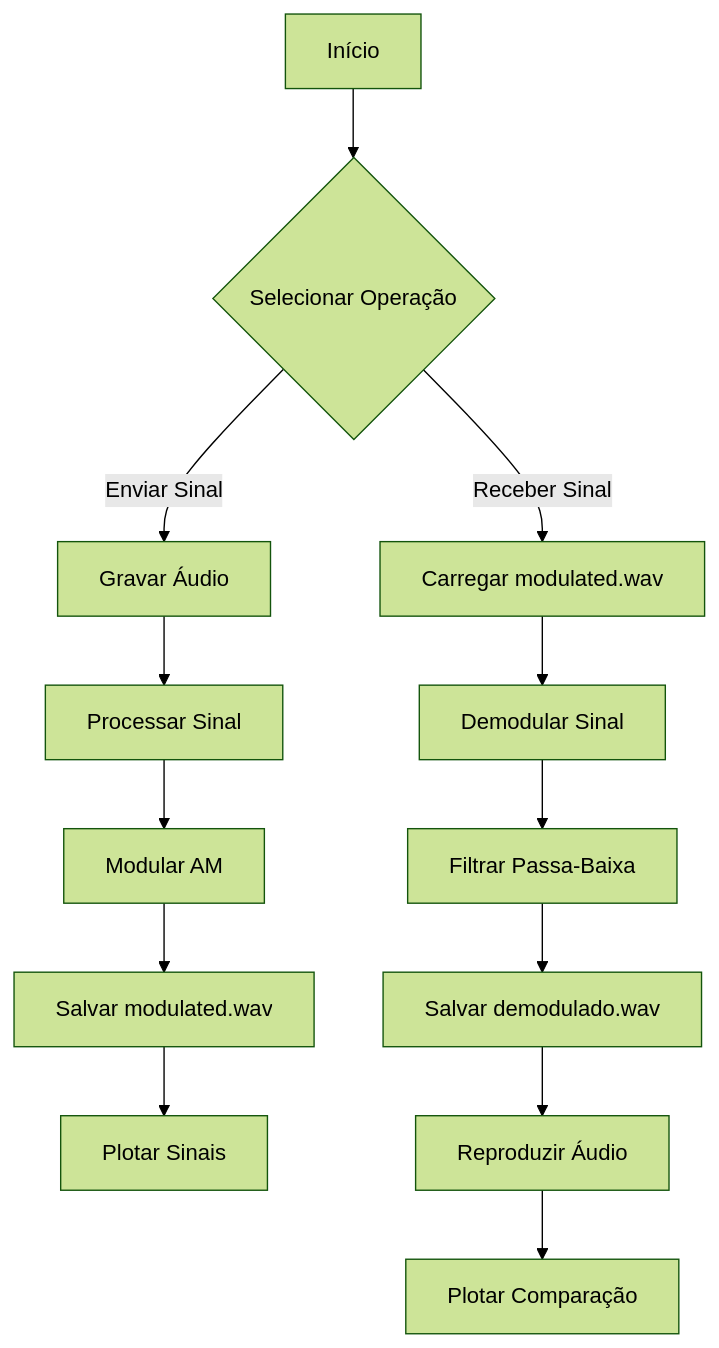
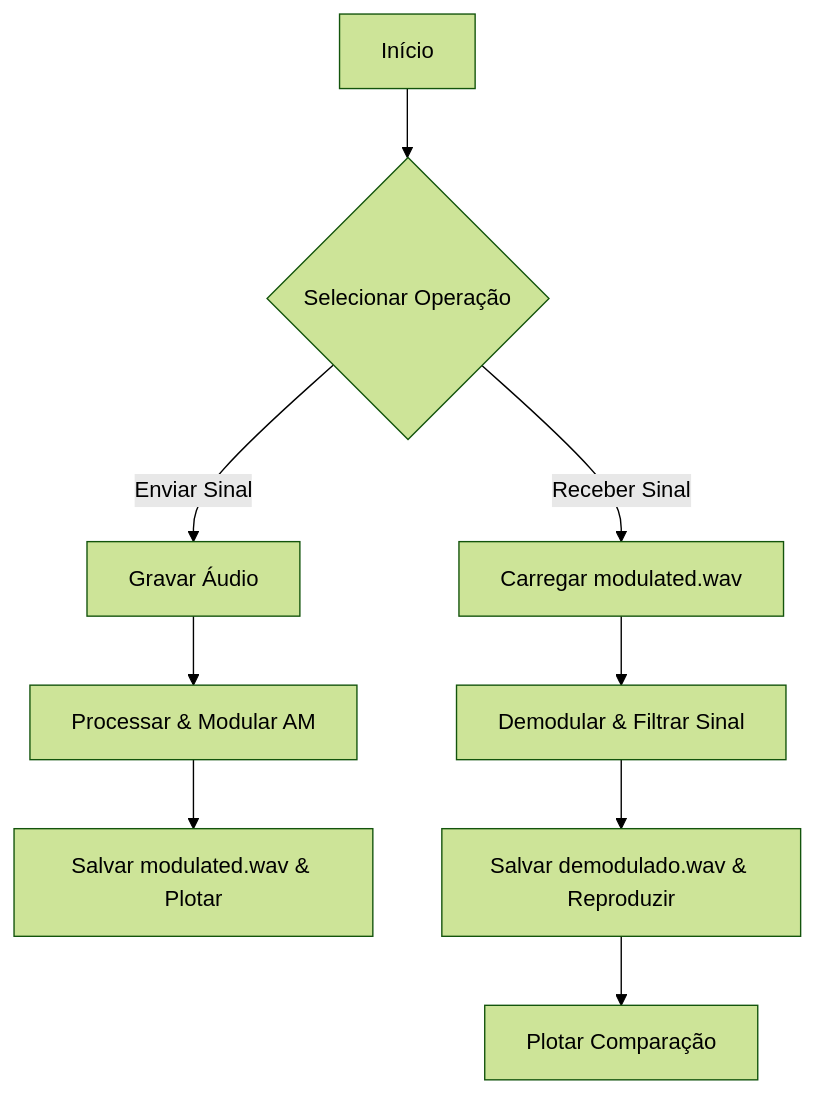
Before and after one commit to ImArthz/Modula-o_AM: the diagram in slides/05.md, drawn with Mermaid (forest theme). The commit also changed other lines of this file and 6 other files, not shown here.

````diff
--- a/slides/05.md
+++ b/slides/05.md
@@ -9,15 +9,11 @@
 ```mermaid
 graph TD
     A[Início] --> B{Selecionar Operação}
     B -->|Enviar Sinal| C[Gravar Áudio]
-    C --> D[Processar Sinal]
-    D --> E[Modular AM]
-    E --> F[Salvar modulated.wav]
-    F --> G[Plotar Sinais]
-    B -->|Receber Sinal| H[Carregar modulated.wav]
-    H --> I[Demodular Sinal]
-    I --> J[Filtrar Passa-Baixa]
-    J --> K[Salvar demodulado.wav]
-    K --> L[Reproduzir Áudio]
-    L --> M[Plotar Comparação]
+    C --> D[Processar & Modular AM]
+    D --> E[Salvar modulated.wav & Plotar]
+    B -->|Receber Sinal| F[Carregar modulated.wav]
+    F --> G[Demodular & Filtrar Sinal]
+    G --> H[Salvar demodulado.wav & Reproduzir]
+    H --> I[Plotar Comparação]
 ```
````
